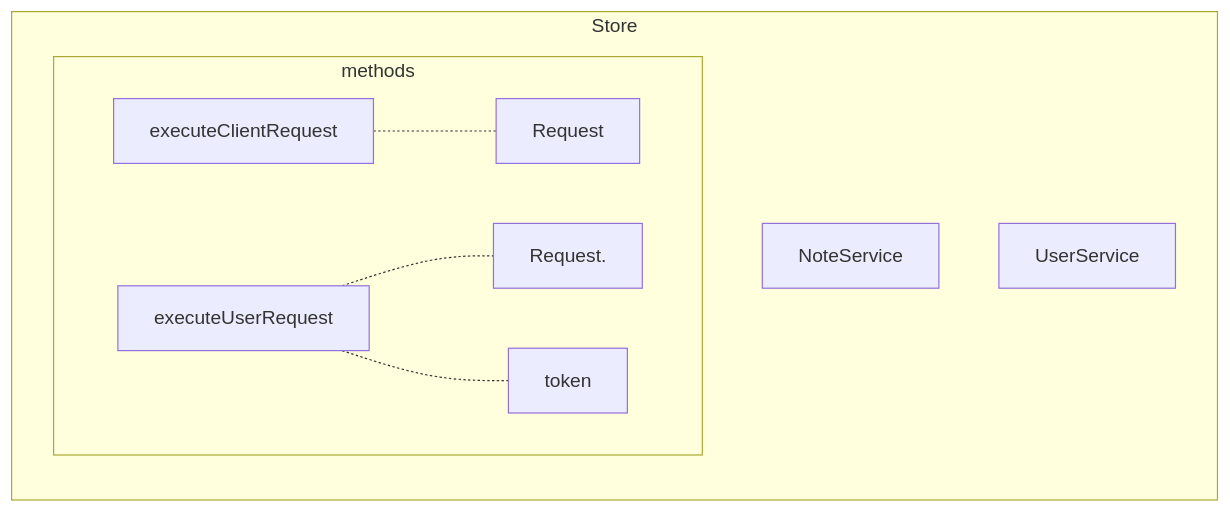
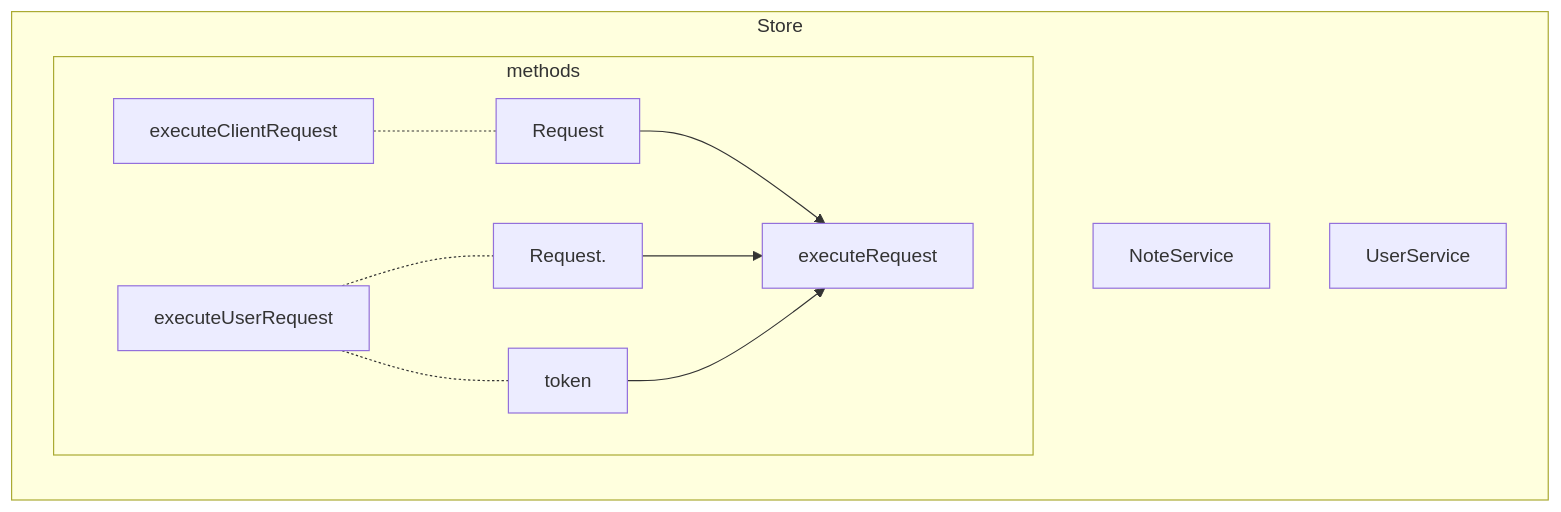
One commit to gordianknotC/nxp_note changed the first of 13 diagrams in aqueduct/todoapp/ui_part.md. Above: the diagram before and after it, drawn with Mermaid. The commit also changed other lines of this file, not shown here.

Commit message:
aqueduct/todoapp/ui_part.md updated from https://stackedit.io/

````diff
--- a/aqueduct/todoapp/ui_part.md
+++ b/aqueduct/todoapp/ui_part.md
@@ -2,13 +2,15 @@
 ```mermaid
 graph LR
 subgraph Store
 	NoteService
 	UserService
 	subgraph methods
 		executeClientRequest -.- Request
 		executeUserRequest -.- Request.
 		executeUserRequest -.- token
-		 
+		Request --> executeRequest
+		Request. --> executeRequest
+		token --> executeRequest 
 	end
 end
 ```
````
